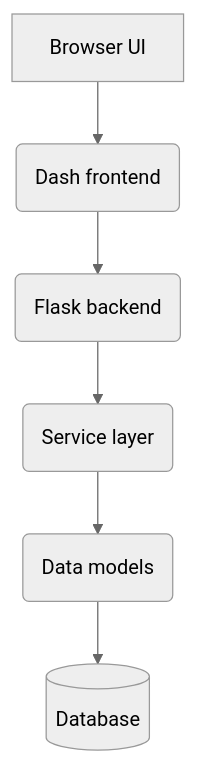
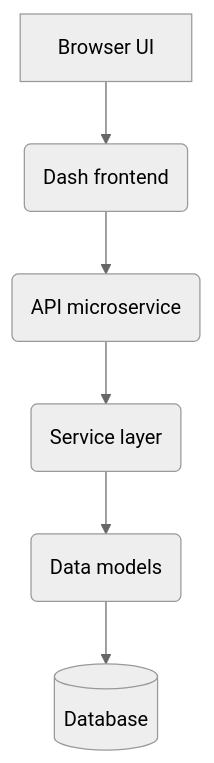
Before and after one commit to WSG23/yosai_intel_dashboard_fresh: the first of 2 diagrams in docs/architecture_diagrams.md, drawn with Mermaid (neutral theme). The commit also changed other lines of this file and 5 other files, not shown here.

````diff
--- a/docs/architecture_diagrams.md
+++ b/docs/architecture_diagrams.md
@@ -7,8 +7,8 @@
 ```mermaid
 graph TD
     UI[Browser UI] --> D(Dash frontend)
-    D --> F(Flask backend)
+    D --> F(API microservice)
     F --> S(Service layer)
     S --> M(Data models)
     M --> DB[(Database)]
 ```
````
